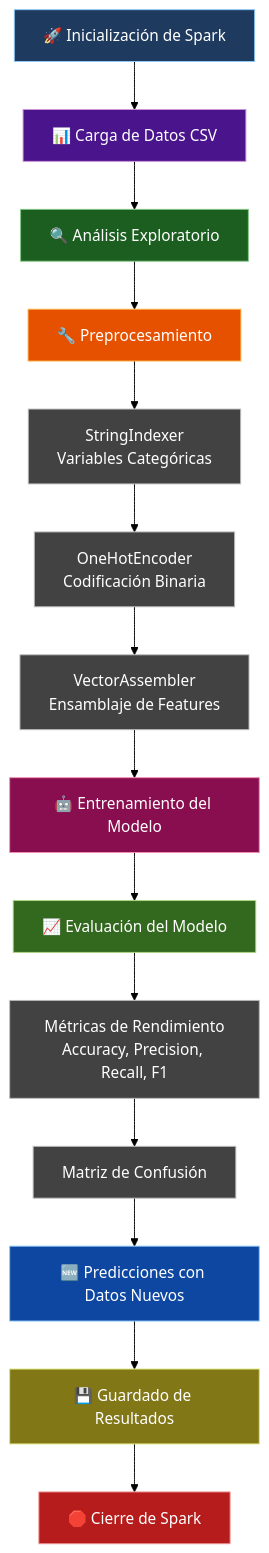
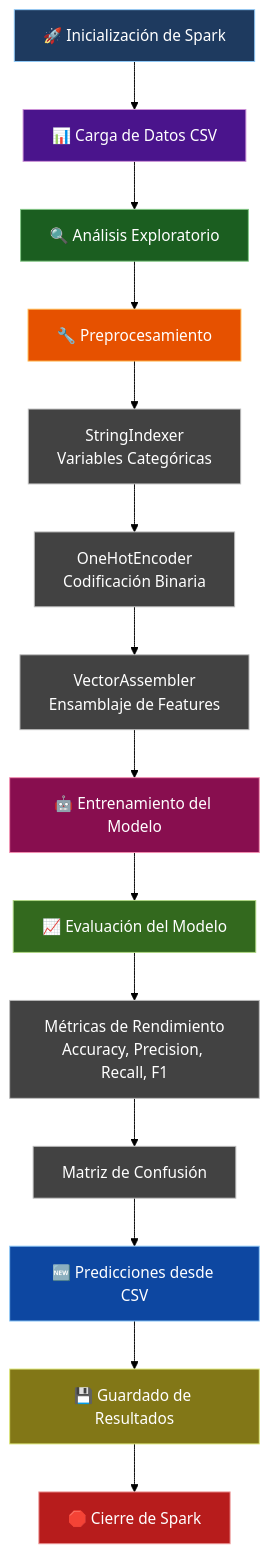
Before and after one commit to MAG1305/income-classifier: the diagram in README.md, drawn with Mermaid (forest theme). The commit also changed other lines of this file and 1 other file, not shown here.

Commit message:
docs: add prediction customization section and `new_predictions.csv` file in `README.md`

````diff
--- a/README.md
+++ b/README.md
@@ -108,36 +115,36 @@
 ```mermaid
 graph TD
     A[🚀 Inicialización de Spark] --> B[📊 Carga de Datos CSV]
     B --> C[🔍 Análisis Exploratorio]
     C --> D[🔧 Preprocesamiento]
 
     D --> D1[StringIndexer<br/>Variables Categóricas]
     D1 --> D2[OneHotEncoder<br/>Codificación Binaria]
     D2 --> D3[VectorAssembler<br/>Ensamblaje de Features]
 
     D3 --> E[🤖 Entrenamiento del Modelo]
     E --> F[📈 Evaluación del Modelo]
 
     F --> F1[Métricas de Rendimiento<br/>Accuracy, Precision, Recall, F1]
     F1 --> F2[Matriz de Confusión]
 
-    F2 --> G[🆕 Predicciones con Datos Nuevos]
+    F2 --> G[🆕 Predicciones desde CSV]
     G --> H[💾 Guardado de Resultados]
     H --> I[🛑 Cierre de Spark]
 
     %% Estilos
     style A fill:#1e3a5f,stroke:#90caf9,color:#ffffff
     style B fill:#4a148c,stroke:#ce93d8,color:#ffffff
     style C fill:#1b5e20,stroke:#81c784,color:#ffffff
     style D fill:#e65100,stroke:#ffb74d,color:#ffffff
     style D1 fill:#424242,stroke:#bdbdbd,color:#ffffff
     style D2 fill:#424242,stroke:#bdbdbd,color:#ffffff
     style D3 fill:#424242,stroke:#bdbdbd,color:#ffffff
     style E fill:#880e4f,stroke:#f48fb1,color:#ffffff
     style F fill:#33691e,stroke:#aed581,color:#ffffff
     style F1 fill:#424242,stroke:#bdbdbd,color:#ffffff
     style F2 fill:#424242,stroke:#bdbdbd,color:#ffffff
     style G fill:#0d47a1,stroke:#90caf9,color:#ffffff
     style H fill:#827717,stroke:#dce775,color:#ffffff
     style I fill:#b71c1c,stroke:#ef9a9a,color:#ffffff
 ```
````
